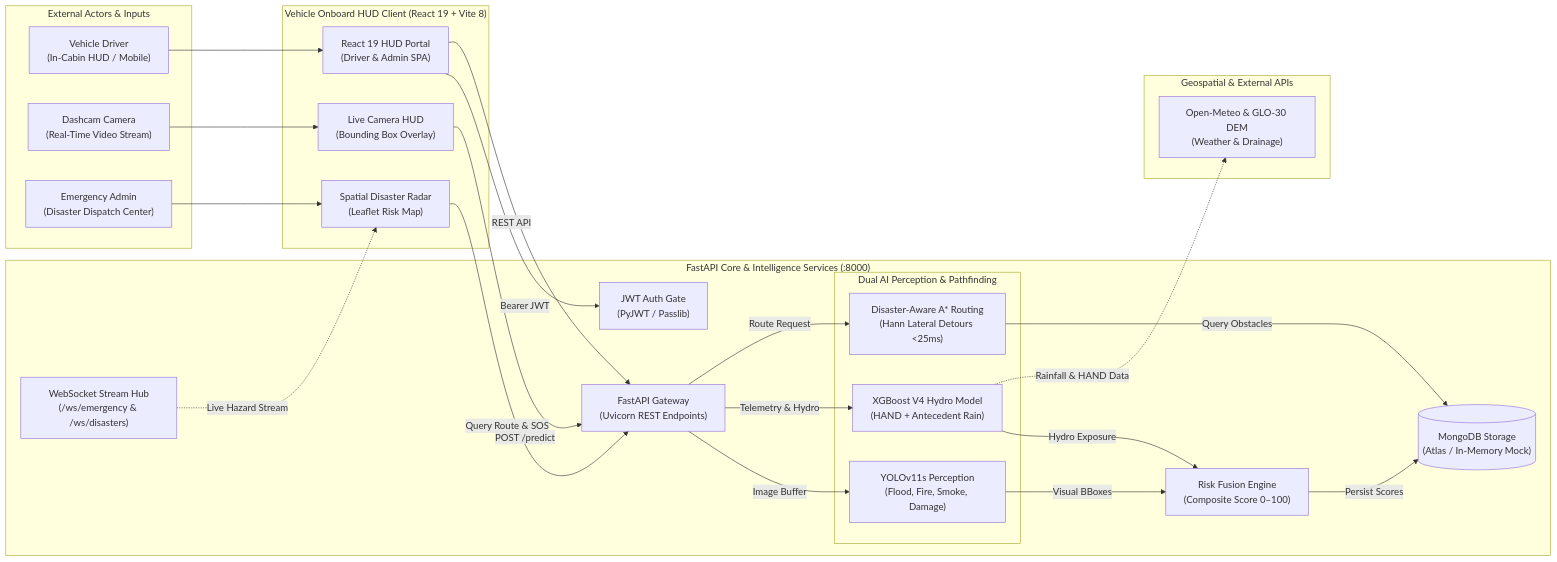
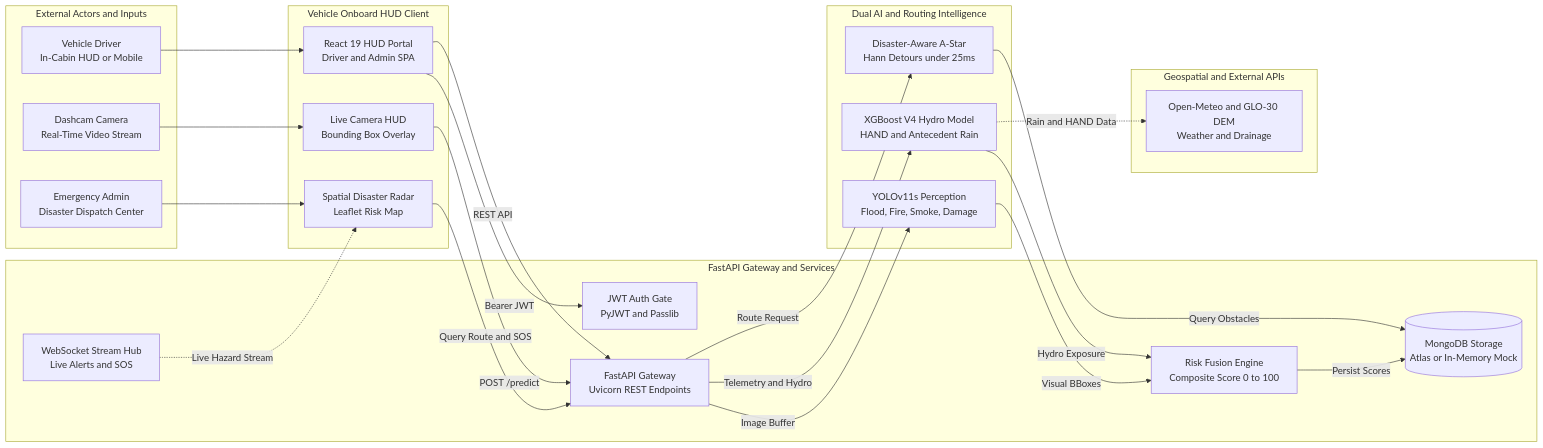
The diagram in README.md (NagarajuMudhiraj/-KLH-CSE-2026-27-ADAS1-disastergaurd), drawn with Mermaid before and after one commit. The commit also changed other lines of this file, not shown here.

Commit message:
fix(readme): fix mermaid syntax and markdown rich display formatting

````diff
--- a/README.md
+++ b/README.md
@@ -26,50 +26,52 @@
 ```mermaid
 flowchart LR
-    subgraph INGRESS["External Actors & Inputs"]
-        DRIVER["Vehicle Driver<br/>(In-Cabin HUD / Mobile)"]
-        CAMERA["Dashcam Camera<br/>(Real-Time Video Stream)"]
-        ADMIN["Emergency Admin<br/>(Disaster Dispatch Center)"]
+    subgraph INGRESS["External Actors and Inputs"]
+        DRIVER["Vehicle Driver<br/>In-Cabin HUD or Mobile"]
+        CAMERA["Dashcam Camera<br/>Real-Time Video Stream"]
+        ADMIN["Emergency Admin<br/>Disaster Dispatch Center"]
     end
 
-    subgraph CLIENT["Vehicle Onboard HUD Client (React 19 + Vite 8)"]
-        HUD["React 19 HUD Portal<br/>(Driver & Admin SPA)"]
-        CAM_HUD["Live Camera HUD<br/>(Bounding Box Overlay)"]
-        RADAR["Spatial Disaster Radar<br/>(Leaflet Risk Map)"]
+    subgraph CLIENT["Vehicle Onboard HUD Client"]
+        HUD["React 19 HUD Portal<br/>Driver and Admin SPA"]
+        CAM_HUD["Live Camera HUD<br/>Bounding Box Overlay"]
+        RADAR["Spatial Disaster Radar<br/>Leaflet Risk Map"]
     end
 
-    subgraph BACKEND["FastAPI Core & Intelligence Services (:8000)"]
-        AUTH["JWT Auth Gate<br/>(PyJWT / Passlib)"]
-        GATEWAY["FastAPI Gateway<br/>(Uvicorn REST Endpoints)"]
-        WS["WebSocket Stream Hub<br/>(/ws/emergency & /ws/disasters)"]
-
-        subgraph AI_ENGINES["Dual AI Perception & Pathfinding"]
-            YOLO["YOLOv11s Perception<br/>(Flood, Fire, Smoke, Damage)"]
-            XGB["XGBoost V4 Hydro Model<br/>(HAND + Antecedent Rain)"]
-            ASTAR["Disaster-Aware A* Routing<br/>(Hann Lateral Detours <25ms)"]
-        end
-
-        FUSION["Risk Fusion Engine<br/>(Composite Score 0–100)"]
-        DB[("MongoDB Storage<br/>(Atlas / In-Memory Mock)")]
+    subgraph GATEWAY_TIER["FastAPI Gateway and Services"]
+        AUTH["JWT Auth Gate<br/>PyJWT and Passlib"]
+        GATEWAY["FastAPI Gateway<br/>Uvicorn REST Endpoints"]
+        WS["WebSocket Stream Hub<br/>Live Alerts and SOS"]
+        FUSION["Risk Fusion Engine<br/>Composite Score 0 to 100"]
+        DB[("MongoDB Storage<br/>Atlas or In-Memory Mock")]
     end
 
-    subgraph EXTERNAL["Geospatial & External APIs"]
-        GEO["Open-Meteo & GLO-30 DEM<br/>(Weather & Drainage)"]
+    subgraph AI_ENGINES["Dual AI and Routing Intelligence"]
+        YOLO["YOLOv11s Perception<br/>Flood, Fire, Smoke, Damage"]
+        XGB["XGBoost V4 Hydro Model<br/>HAND and Antecedent Rain"]
+        ASTAR["Disaster-Aware A-Star<br/>Hann Detours under 25ms"]
+    end
+
+    subgraph EXTERNAL["Geospatial and External APIs"]
+        GEO["Open-Meteo and GLO-30 DEM<br/>Weather and Drainage"]
     end
 
     DRIVER --> HUD
     CAMERA --> CAM_HUD
     ADMIN --> RADAR
+
     HUD -->|Bearer JWT| AUTH
     HUD -->|REST API| GATEWAY
     CAM_HUD -->|POST /predict| GATEWAY
-    RADAR -->|Query Route & SOS| GATEWAY
+    RADAR -->|Query Route and SOS| GATEWAY
     WS -.->|Live Hazard Stream| RADAR
+
     GATEWAY -->|Image Buffer| YOLO
-    GATEWAY -->|Telemetry & Hydro| XGB
+    GATEWAY -->|Telemetry and Hydro| XGB
     GATEWAY -->|Route Request| ASTAR
+
     YOLO -->|Visual BBoxes| FUSION
     XGB -->|Hydro Exposure| FUSION
     FUSION -->|Persist Scores| DB
     ASTAR -->|Query Obstacles| DB
-    XGB -.->|Rainfall & HAND Data| GEO
+    XGB -.->|Rain and HAND Data| GEO
 ```
````
